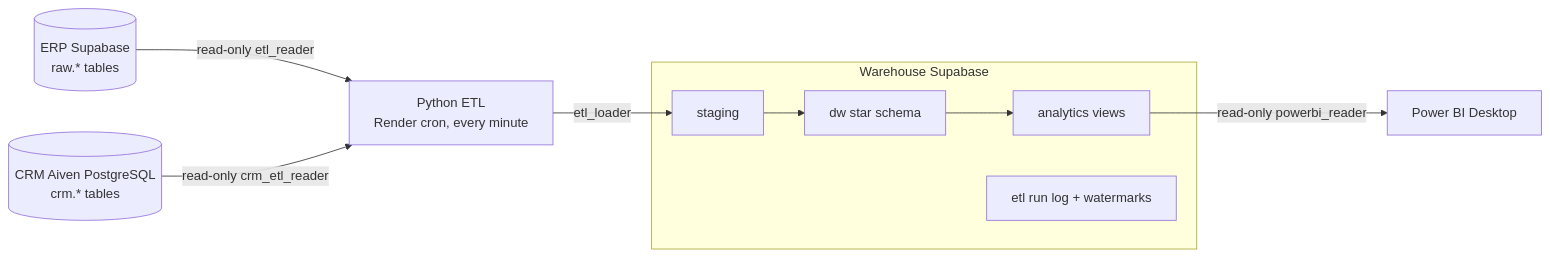
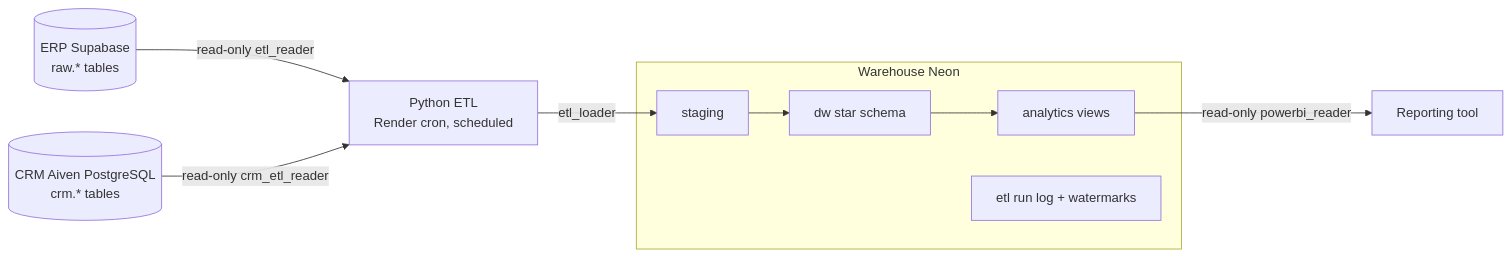
The diagram in analytics-warehouse/README.md (dharanig977/UniFirst_DataWarehouse), drawn with Mermaid before and after one commit. The commit also changed other lines of this file and 2 other files, not shown here.

Commit message:
Stand-alone repository for the cloud data warehouse, ETL and ETL console
Moved from UniFirst_SoftwareDev_SCM with its history (analytics-warehouse/,
etl-console/, the three workflows and render.yaml). Adds a root README.

Claude-Session: https://claude.ai/code/session_01PC2e32k2z1p5ynHy621AEp

````diff
--- a/analytics-warehouse/README.md
+++ b/analytics-warehouse/README.md
@@ -7,11 +7,11 @@
 ```mermaid
 flowchart LR
-  A[(ERP Supabase<br/>raw.* tables)] -- read-only etl_reader --> B[Python ETL<br/>Render cron, every minute]
+  A[(ERP Supabase<br/>raw.* tables)] -- read-only etl_reader --> B[Python ETL<br/>Render cron, scheduled]
   C[(CRM Aiven PostgreSQL<br/>crm.* tables)] -- read-only crm_etl_reader --> B
   B -- etl_loader --> S
-  subgraph W [Warehouse Supabase]
+  subgraph W [Warehouse Neon]
     S[staging] --> D[dw star schema] --> V[analytics views]
     L[etl run log + watermarks]
   end
-  V -- read-only powerbi_reader --> P[Power BI Desktop]
+  V -- read-only powerbi_reader --> P[Reporting tool]
 ```
````
